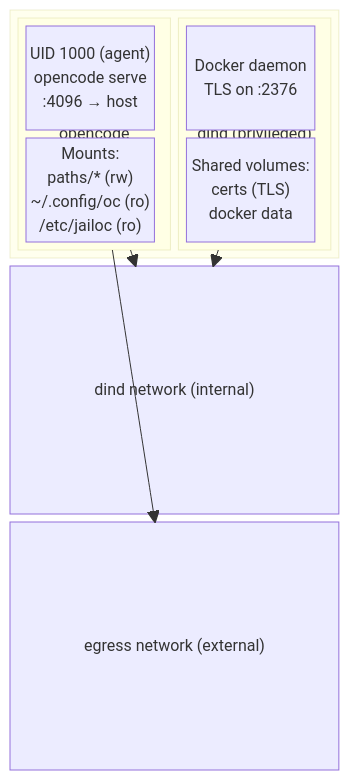
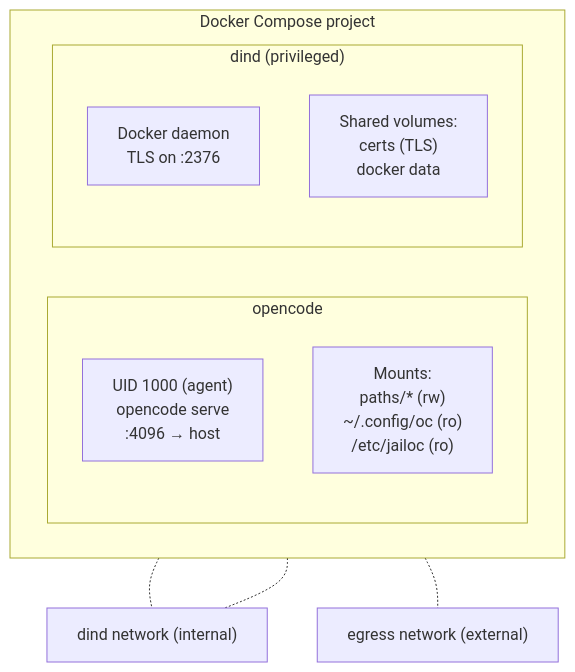
One commit to seznam/jailoc changed the diagram in docs/explanation/container-architecture.md. Above: the diagram before and after it, drawn with Mermaid. The commit also changed 3 other files, not shown here.

Commit message:
docs: convert ASCII diagrams to Mermaid and align theme palette with logo colors

````diff
--- a/docs/explanation/container-architecture.md
+++ b/docs/explanation/container-architecture.md
@@ -7,27 +7,20 @@
 ```mermaid
-block-beta
-  columns 3
-
-  block:compose:3
-    columns 2
-
-    block:oc["opencode"]:1
-      columns 1
-      oc_uid["UID 1000 (agent)\nopencode serve\n:4096 → host"]
-      oc_mounts["Mounts:\npaths/* (rw)\n~/.config/oc (ro)\n/etc/jailoc (ro)"]
+flowchart TB
+  subgraph compose["Docker Compose project"]
+    direction LR
+    subgraph oc["opencode"]
+      direction TB
+      oc_uid["UID 1000 (agent)<br>opencode serve<br>:4096 → host"]
+      oc_mounts["Mounts:<br>paths/* (rw)<br>~/.config/oc (ro)<br>/etc/jailoc (ro)"]
     end
-
-    block:dind["dind (privileged)"]:1
-      columns 1
-      dind_daemon["Docker daemon\nTLS on :2376"]
-      dind_vols["Shared volumes:\ncerts (TLS)\ndocker data"]
+    subgraph dind["dind (privileged)"]
+      direction TB
+      dind_daemon["Docker daemon<br>TLS on :2376"]
+      dind_vols["Shared volumes:<br>certs (TLS)<br>docker data"]
     end
   end
 
-  dind_net["dind network (internal)"]:3
-  egress_net["egress network (external)"]:3
-
-  oc --> dind_net
-  dind --> dind_net
-  oc --> egress_net
+  oc -.- dind_net["dind network (internal)"]
+  dind -.- dind_net
+  oc -.- egress_net["egress network (external)"]
 ```
````
